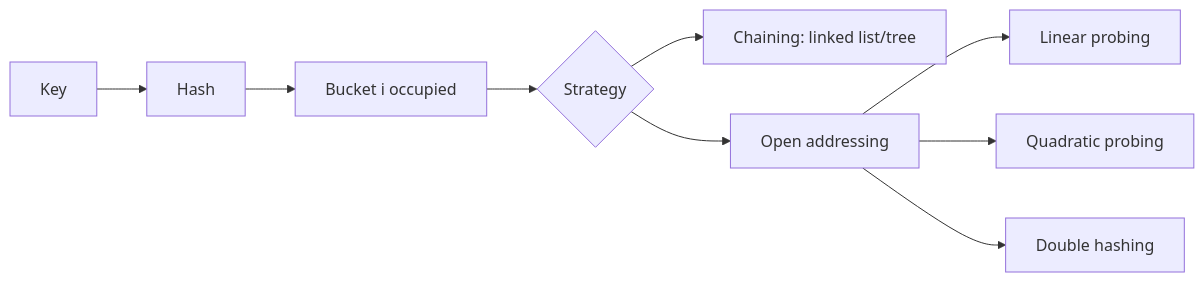
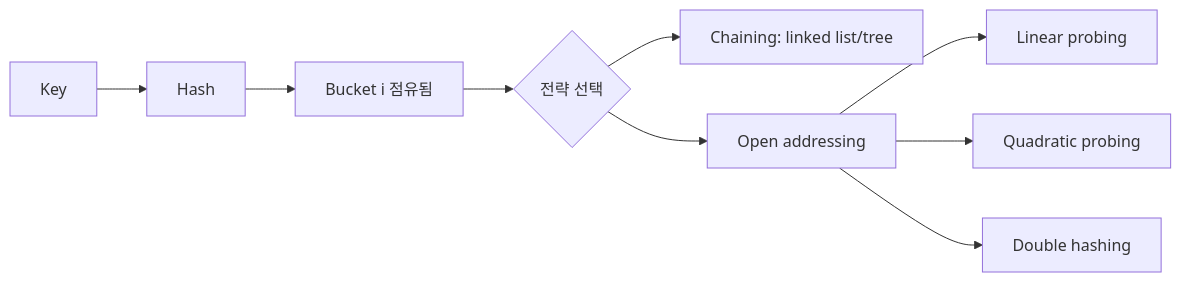
Before and after one commit to mandoobox/mandoobox.github.io: diagram 20 of 43 in _posts/cs-note/2026-02-27-data-structure.md, drawn with Mermaid. The commit also changed other lines of this file and 18 other files, not shown here.

````diff
--- a/_posts/cs-note/2026-02-27-data-structure.md
+++ b/_posts/cs-note/2026-02-27-data-structure.md
@@ -709,11 +709,11 @@
 ```mermaid
 flowchart LR
   K[Key] --> H[Hash]
-  H --> B[Bucket i occupied]
-  B --> C{Strategy}
+  H --> B[Bucket i 점유됨]
+  B --> C{전략 선택}
   C --> CH["Chaining: linked list/tree"]
   C --> OA[Open addressing]
   OA --> LP[Linear probing]
   OA --> QP[Quadratic probing]
   OA --> DH[Double hashing]
 ```
````
